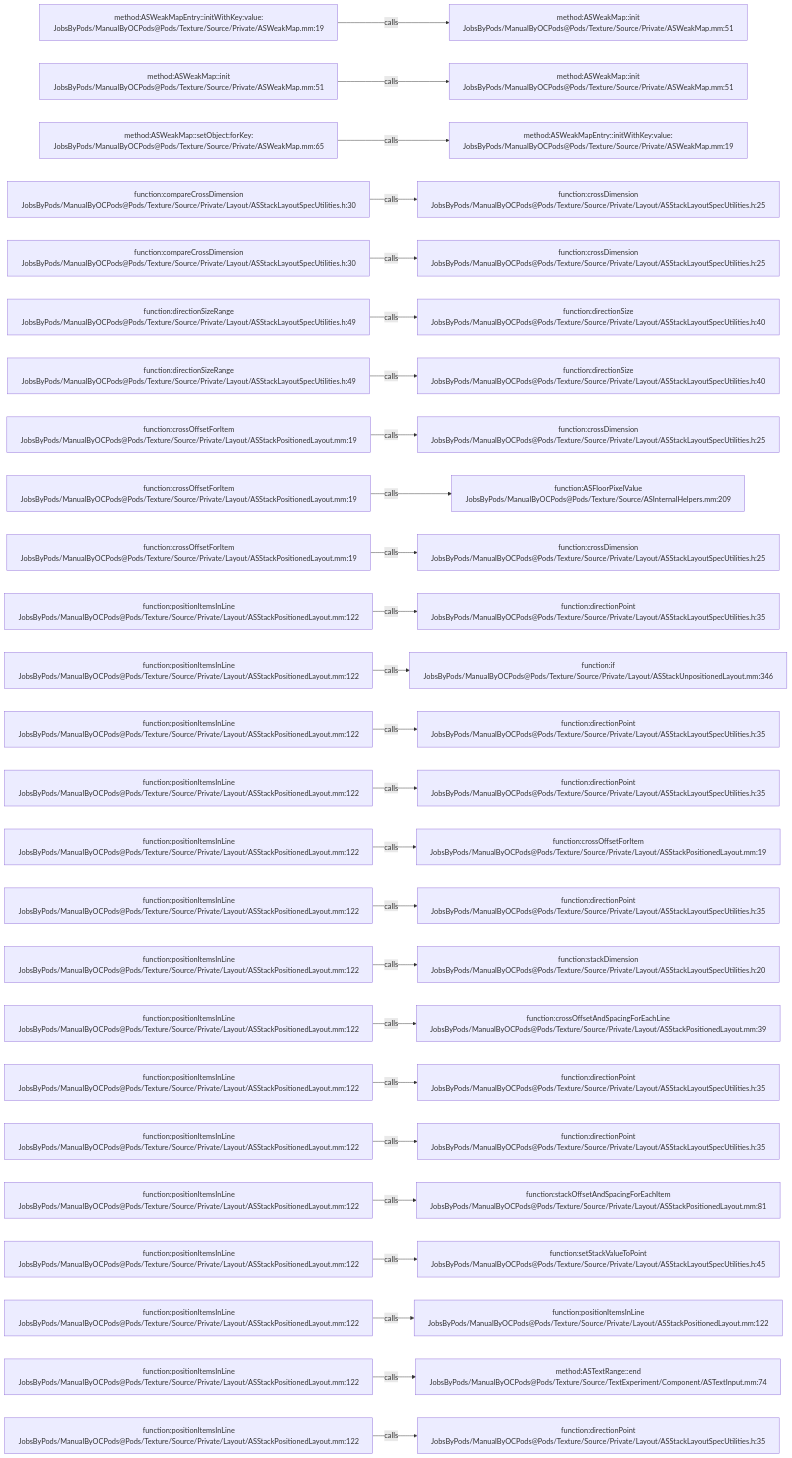
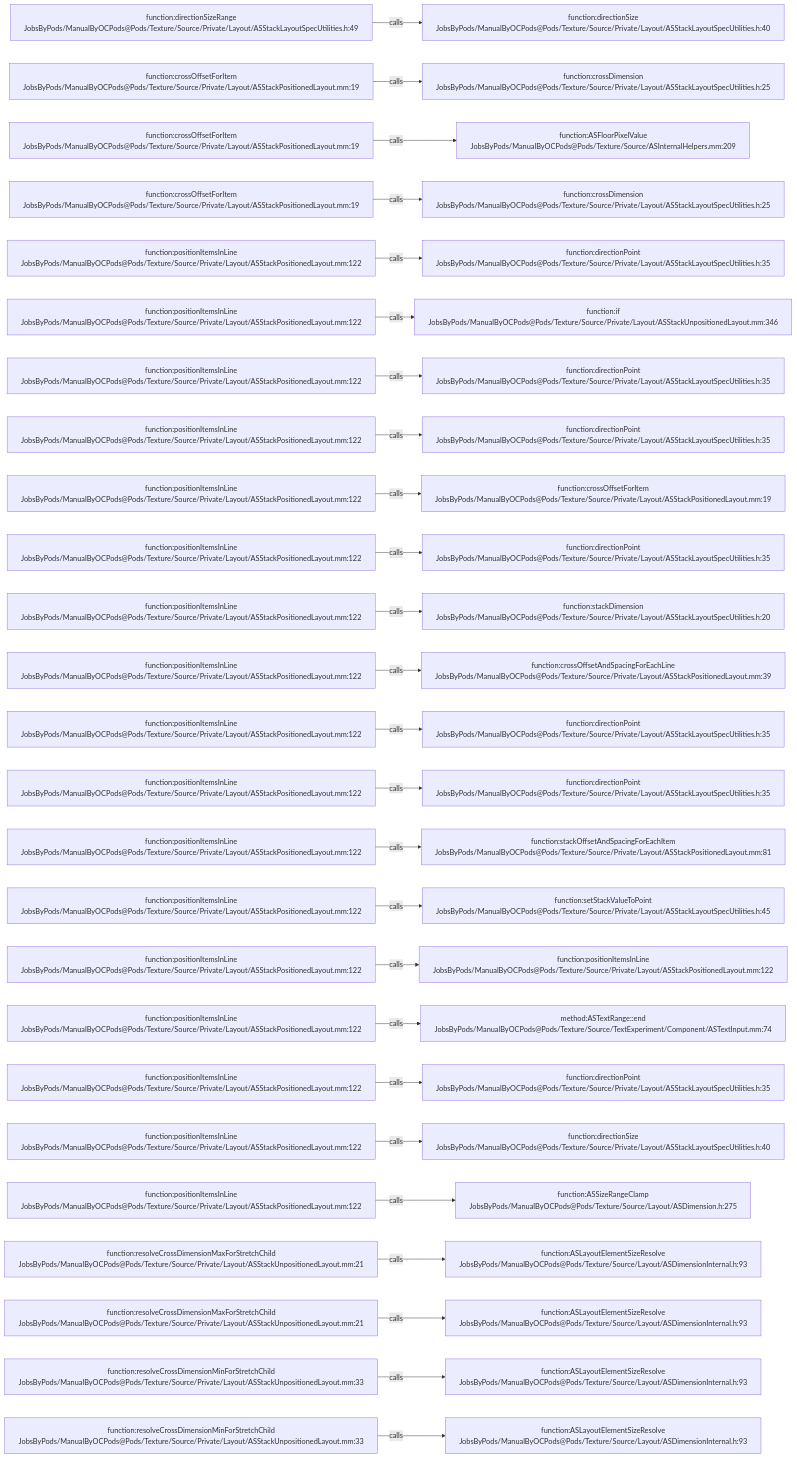
Before and after one commit to JobsKits/JobsOCBaseConfigDemo: the diagram in .codegraph/codegraph.md/graphs/calls-185.md, drawn with Mermaid. The commit also changed 666 other files, not shown here.

````diff
--- a/.codegraph/codegraph.md/graphs/calls-185.md
+++ b/.codegraph/codegraph.md/graphs/calls-185.md
@@ -13,78 +13,78 @@
 ```mermaid
 flowchart LR
-  S1["method:ASWeakMapEntry::initWithKey:value:<br/>JobsByPods/ManualByOCPods@Pods/Texture/Source/Private/ASWeakMap.mm:19"]
-  T1["method:ASWeakMap::init<br/>JobsByPods/ManualByOCPods@Pods/Texture/Source/Private/ASWeakMap.mm:51"]
+  S1["function:directionSizeRange<br/>JobsByPods/ManualByOCPods@Pods/Texture/Source/Private/Layout/ASStackLayoutSpecUtilities.h:49"]
+  T1["function:directionSize<br/>JobsByPods/ManualByOCPods@Pods/Texture/Source/Private/Layout/ASStackLayoutSpecUtilities.h:40"]
   S1 -->|calls| T1
-  S2["method:ASWeakMap::init<br/>JobsByPods/ManualByOCPods@Pods/Texture/Source/Private/ASWeakMap.mm:51"]
-  T2["method:ASWeakMap::init<br/>JobsByPods/ManualByOCPods@Pods/Texture/Source/Private/ASWeakMap.mm:51"]
+  S2["function:crossOffsetForItem<br/>JobsByPods/ManualByOCPods@Pods/Texture/Source/Private/Layout/ASStackPositionedLayout.mm:19"]
+  T2["function:crossDimension<br/>JobsByPods/ManualByOCPods@Pods/Texture/Source/Private/Layout/ASStackLayoutSpecUtilities.h:25"]
   S2 -->|calls| T2
-  S3["method:ASWeakMap::setObject:forKey:<br/>JobsByPods/ManualByOCPods@Pods/Texture/Source/Private/ASWeakMap.mm:65"]
-  T3["method:ASWeakMapEntry::initWithKey:value:<br/>JobsByPods/ManualByOCPods@Pods/Texture/Source/Private/ASWeakMap.mm:19"]
+  S3["function:crossOffsetForItem<br/>JobsByPods/ManualByOCPods@Pods/Texture/Source/Private/Layout/ASStackPositionedLayout.mm:19"]
+  T3["function:ASFloorPixelValue<br/>JobsByPods/ManualByOCPods@Pods/Texture/Source/ASInternalHelpers.mm:209"]
   S3 -->|calls| T3
-  S4["function:compareCrossDimension<br/>JobsByPods/ManualByOCPods@Pods/Texture/Source/Private/Layout/ASStackLayoutSpecUtilities.h:30"]
+  S4["function:crossOffsetForItem<br/>JobsByPods/ManualByOCPods@Pods/Texture/Source/Private/Layout/ASStackPositionedLayout.mm:19"]
   T4["function:crossDimension<br/>JobsByPods/ManualByOCPods@Pods/Texture/Source/Private/Layout/ASStackLayoutSpecUtilities.h:25"]
   S4 -->|calls| T4
-  S5["function:compareCrossDimension<br/>JobsByPods/ManualByOCPods@Pods/Texture/Source/Private/Layout/ASStackLayoutSpecUtilities.h:30"]
-  T5["function:crossDimension<br/>JobsByPods/ManualByOCPods@Pods/Texture/Source/Private/Layout/ASStackLayoutSpecUtilities.h:25"]
+  S5["function:positionItemsInLine<br/>JobsByPods/ManualByOCPods@Pods/Texture/Source/Private/Layout/ASStackPositionedLayout.mm:122"]
+  T5["function:directionPoint<br/>JobsByPods/ManualByOCPods@Pods/Texture/Source/Private/Layout/ASStackLayoutSpecUtilities.h:35"]
   S5 -->|calls| T5
-  S6["function:directionSizeRange<br/>JobsByPods/ManualByOCPods@Pods/Texture/Source/Private/Layout/ASStackLayoutSpecUtilities.h:49"]
-  T6["function:directionSize<br/>JobsByPods/ManualByOCPods@Pods/Texture/Source/Private/Layout/ASStackLayoutSpecUtilities.h:40"]
+  S6["function:positionItemsInLine<br/>JobsByPods/ManualByOCPods@Pods/Texture/Source/Private/Layout/ASStackPositionedLayout.mm:122"]
+  T6["function:if<br/>JobsByPods/ManualByOCPods@Pods/Texture/Source/Private/Layout/ASStackUnpositionedLayout.mm:346"]
   S6 -->|calls| T6
-  S7["function:directionSizeRange<br/>JobsByPods/ManualByOCPods@Pods/Texture/Source/Private/Layout/ASStackLayoutSpecUtilities.h:49"]
-  T7["function:directionSize<br/>JobsByPods/ManualByOCPods@Pods/Texture/Source/Private/Layout/ASStackLayoutSpecUtilities.h:40"]
+  S7["function:positionItemsInLine<br/>JobsByPods/ManualByOCPods@Pods/Texture/Source/Private/Layout/ASStackPositionedLayout.mm:122"]
+  T7["function:directionPoint<br/>JobsByPods/ManualByOCPods@Pods/Texture/Source/Private/Layout/ASStackLayoutSpecUtilities.h:35"]
   S7 -->|calls| T7
-  S8["function:crossOffsetForItem<br/>JobsByPods/ManualByOCPods@Pods/Texture/Source/Private/Layout/ASStackPositionedLayout.mm:19"]
-  T8["function:crossDimension<br/>JobsByPods/ManualByOCPods@Pods/Texture/Source/Private/Layout/ASStackLayoutSpecUtilities.h:25"]
+  S8["function:positionItemsInLine<br/>JobsByPods/ManualByOCPods@Pods/Texture/Source/Private/Layout/ASStackPositionedLayout.mm:122"]
+  T8["function:directionPoint<br/>JobsByPods/ManualByOCPods@Pods/Texture/Source/Private/Layout/ASStackLayoutSpecUtilities.h:35"]
   S8 -->|calls| T8
-  S9["function:crossOffsetForItem<br/>JobsByPods/ManualByOCPods@Pods/Texture/Source/Private/Layout/ASStackPositionedLayout.mm:19"]
-  T9["function:ASFloorPixelValue<br/>JobsByPods/ManualByOCPods@Pods/Texture/Source/ASInternalHelpers.mm:209"]
+  S9["function:positionItemsInLine<br/>JobsByPods/ManualByOCPods@Pods/Texture/Source/Private/Layout/ASStackPositionedLayout.mm:122"]
+  T9["function:crossOffsetForItem<br/>JobsByPods/ManualByOCPods@Pods/Texture/Source/Private/Layout/ASStackPositionedLayout.mm:19"]
   S9 -->|calls| T9
-  S10["function:crossOffsetForItem<br/>JobsByPods/ManualByOCPods@Pods/Texture/Source/Private/Layout/ASStackPositionedLayout.mm:19"]
-  T10["function:crossDimension<br/>JobsByPods/ManualByOCPods@Pods/Texture/Source/Private/Layout/ASStackLayoutSpecUtilities.h:25"]
+  S10["function:positionItemsInLine<br/>JobsByPods/ManualByOCPods@Pods/Texture/Source/Private/Layout/ASStackPositionedLayout.mm:122"]
+  T10["function:directionPoint<br/>JobsByPods/ManualByOCPods@Pods/Texture/Source/Private/Layout/ASStackLayoutSpecUtilities.h:35"]
   S10 -->|calls| T10
   S11["function:positionItemsInLine<br/>JobsByPods/ManualByOCPods@Pods/Texture/Source/Private/Layout/ASStackPositionedLayout.mm:122"]
-  T11["function:directionPoint<br/>JobsByPods/ManualByOCPods@Pods/Texture/Source/Private/Layout/ASStackLayoutSpecUtilities.h:35"]
+  T11["function:stackDimension<br/>JobsByPods/ManualByOCPods@Pods/Texture/Source/Private/Layout/ASStackLayoutSpecUtilities.h:20"]
   S11 -->|calls| T11
   S12["function:positionItemsInLine<br/>JobsByPods/ManualByOCPods@Pods/Texture/Source/Private/Layout/ASStackPositionedLayout.mm:122"]
-  T12["function:if<br/>JobsByPods/ManualByOCPods@Pods/Texture/Source/Private/Layout/ASStackUnpositionedLayout.mm:346"]
+  T12["function:crossOffsetAndSpacingForEachLine<br/>JobsByPods/ManualByOCPods@Pods/Texture/Source/Private/Layout/ASStackPositionedLayout.mm:39"]
   S12 -->|calls| T12
   S13["function:positionItemsInLine<br/>JobsByPods/ManualByOCPods@Pods/Texture/Source/Private/Layout/ASStackPositionedLayout.mm:122"]
   T13["function:directionPoint<br/>JobsByPods/ManualByOCPods@Pods/Texture/Source/Private/Layout/ASStackLayoutSpecUtilities.h:35"]
   S13 -->|calls| T13
   S14["function:positionItemsInLine<br/>JobsByPods/ManualByOCPods@Pods/Texture/Source/Private/Layout/ASStackPositionedLayout.mm:122"]
   T14["function:directionPoint<br/>JobsByPods/ManualByOCPods@Pods/Texture/Source/Private/Layout/ASStackLayoutSpecUtilities.h:35"]
   S14 -->|calls| T14
   S15["function:positionItemsInLine<br/>JobsByPods/ManualByOCPods@Pods/Texture/Source/Private/Layout/ASStackPositionedLayout.mm:122"]
-  T15["function:crossOffsetForItem<br/>JobsByPods/ManualByOCPods@Pods/Texture/Source/Private/Layout/ASStackPositionedLayout.mm:19"]
+  T15["function:stackOffsetAndSpacingForEachItem<br/>JobsByPods/ManualByOCPods@Pods/Texture/Source/Private/Layout/ASStackPositionedLayout.mm:81"]
   S15 -->|calls| T15
   S16["function:positionItemsInLine<br/>JobsByPods/ManualByOCPods@Pods/Texture/Source/Private/Layout/ASStackPositionedLayout.mm:122"]
-  T16["function:directionPoint<br/>JobsByPods/ManualByOCPods@Pods/Texture/Source/Private/Layout/ASStackLayoutSpecUtilities.h:35"]
+  T16["function:setStackValueToPoint<br/>JobsByPods/ManualByOCPods@Pods/Texture/Source/Private/Layout/ASStackLayoutSpecUtilities.h:45"]
   S16 -->|calls| T16
   S17["function:positionItemsInLine<br/>JobsByPods/ManualByOCPods@Pods/Texture/Source/Private/Layout/ASStackPositionedLayout.mm:122"]
-  T17["function:stackDimension<br/>JobsByPods/ManualByOCPods@Pods/Texture/Source/Private/Layout/ASStackLayoutSpecUtilities.h:20"]
+  T17["function:positionItemsInLine<br/>JobsByPods/ManualByOCPods@Pods/Texture/Source/Private/Layout/ASStackPositionedLayout.mm:122"]
   S17 -->|calls| T17
   S18["function:positionItemsInLine<br/>JobsByPods/ManualByOCPods@Pods/Texture/Source/Private/Layout/ASStackPositionedLayout.mm:122"]
-  T18["function:crossOffsetAndSpacingForEachLine<br/>JobsByPods/ManualByOCPods@Pods/Texture/Source/Private/Layout/ASStackPositionedLayout.mm:39"]
+  T18["method:ASTextRange::end<br/>JobsByPods/ManualByOCPods@Pods/Texture/Source/TextExperiment/Component/ASTextInput.mm:74"]
   S18 -->|calls| T18
   S19["function:positionItemsInLine<br/>JobsByPods/ManualByOCPods@Pods/Texture/Source/Private/Layout/ASStackPositionedLayout.mm:122"]
   T19["function:directionPoint<br/>JobsByPods/ManualByOCPods@Pods/Texture/Source/Private/Layout/ASStackLayoutSpecUtilities.h:35"]
   S19 -->|calls| T19
   S20["function:positionItemsInLine<br/>JobsByPods/ManualByOCPods@Pods/Texture/Source/Private/Layout/ASStackPositionedLayout.mm:122"]
-  T20["function:directionPoint<br/>JobsByPods/ManualByOCPods@Pods/Texture/Source/Private/Layout/ASStackLayoutSpecUtilities.h:35"]
+  T20["function:directionSize<br/>JobsByPods/ManualByOCPods@Pods/Texture/Source/Private/Layout/ASStackLayoutSpecUtilities.h:40"]
   S20 -->|calls| T20
   S21["function:positionItemsInLine<br/>JobsByPods/ManualByOCPods@Pods/Texture/Source/Private/Layout/ASStackPositionedLayout.mm:122"]
-  T21["function:stackOffsetAndSpacingForEachItem<br/>JobsByPods/ManualByOCPods@Pods/Texture/Source/Private/Layout/ASStackPositionedLayout.mm:81"]
+  T21["function:ASSizeRangeClamp<br/>JobsByPods/ManualByOCPods@Pods/Texture/Source/Layout/ASDimension.h:275"]
   S21 -->|calls| T21
-  S22["function:positionItemsInLine<br/>JobsByPods/ManualByOCPods@Pods/Texture/Source/Private/Layout/ASStackPositionedLayout.mm:122"]
-  T22["function:setStackValueToPoint<br/>JobsByPods/ManualByOCPods@Pods/Texture/Source/Private/Layout/ASStackLayoutSpecUtilities.h:45"]
+  S22["function:resolveCrossDimensionMaxForStretchChild<br/>JobsByPods/ManualByOCPods@Pods/Texture/Source/Private/Layout/ASStackUnpositionedLayout.mm:21"]
+  T22["function:ASLayoutElementSizeResolve<br/>JobsByPods/ManualByOCPods@Pods/Texture/Source/Layout/ASDimensionInternal.h:93"]
   S22 -->|calls| T22
-  S23["function:positionItemsInLine<br/>JobsByPods/ManualByOCPods@Pods/Texture/Source/Private/Layout/ASStackPositionedLayout.mm:122"]
-  T23["function:positionItemsInLine<br/>JobsByPods/ManualByOCPods@Pods/Texture/Source/Private/Layout/ASStackPositionedLayout.mm:122"]
+  S23["function:resolveCrossDimensionMaxForStretchChild<br/>JobsByPods/ManualByOCPods@Pods/Texture/Source/Private/Layout/ASStackUnpositionedLayout.mm:21"]
+  T23["function:ASLayoutElementSizeResolve<br/>JobsByPods/ManualByOCPods@Pods/Texture/Source/Layout/ASDimensionInternal.h:93"]
   S23 -->|calls| T23
-  S24["function:positionItemsInLine<br/>JobsByPods/ManualByOCPods@Pods/Texture/Source/Private/Layout/ASStackPositionedLayout.mm:122"]
-  T24["method:ASTextRange::end<br/>JobsByPods/ManualByOCPods@Pods/Texture/Source/TextExperiment/Component/ASTextInput.mm:74"]
+  S24["function:resolveCrossDimensionMinForStretchChild<br/>JobsByPods/ManualByOCPods@Pods/Texture/Source/Private/Layout/ASStackUnpositionedLayout.mm:33"]
+  T24["function:ASLayoutElementSizeResolve<br/>JobsByPods/ManualByOCPods@Pods/Texture/Source/Layout/ASDimensionInternal.h:93"]
   S24 -->|calls| T24
-  S25["function:positionItemsInLine<br/>JobsByPods/ManualByOCPods@Pods/Texture/Source/Private/Layout/ASStackPositionedLayout.mm:122"]
-  T25["function:directionPoint<br/>JobsByPods/ManualByOCPods@Pods/Texture/Source/Private/Layout/ASStackLayoutSpecUtilities.h:35"]
+  S25["function:resolveCrossDimensionMinForStretchChild<br/>JobsByPods/ManualByOCPods@Pods/Texture/Source/Private/Layout/ASStackUnpositionedLayout.mm:33"]
+  T25["function:ASLayoutElementSizeResolve<br/>JobsByPods/ManualByOCPods@Pods/Texture/Source/Layout/ASDimensionInternal.h:93"]
   S25 -->|calls| T25
 ```
````
